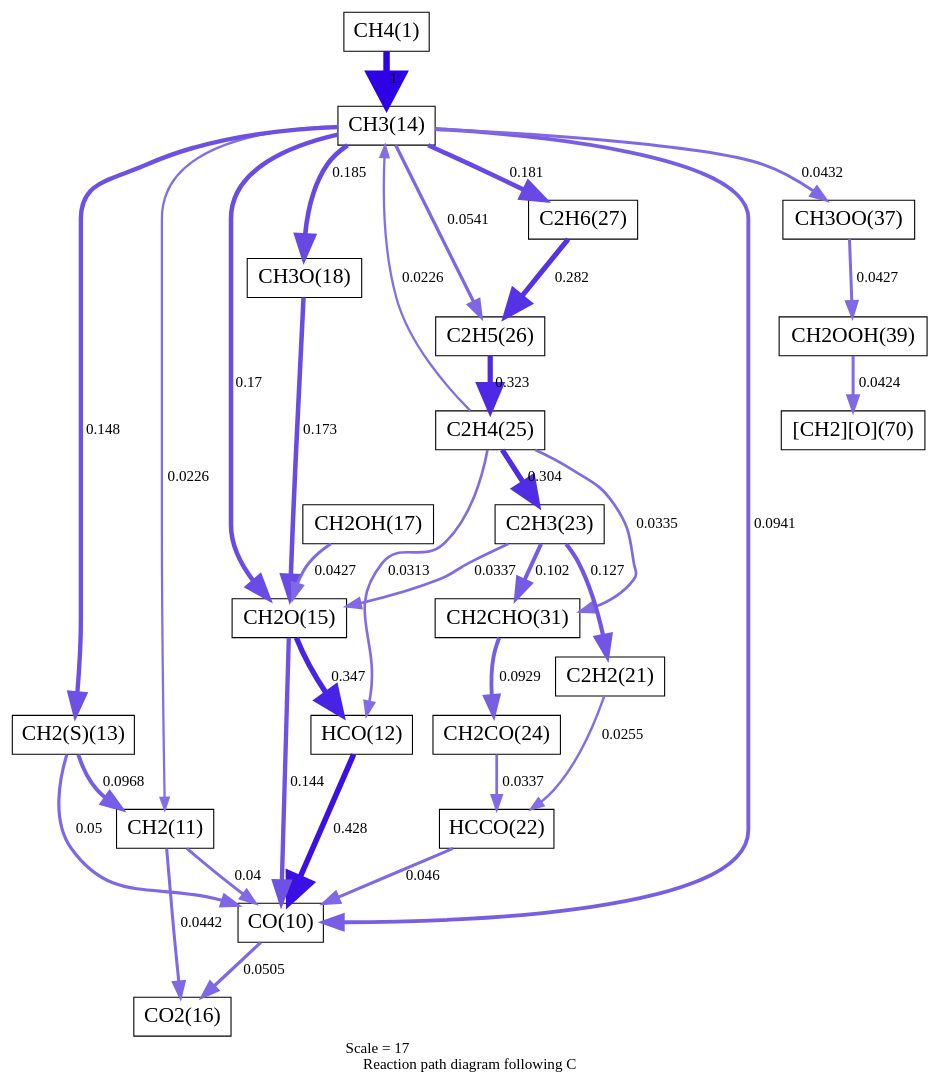
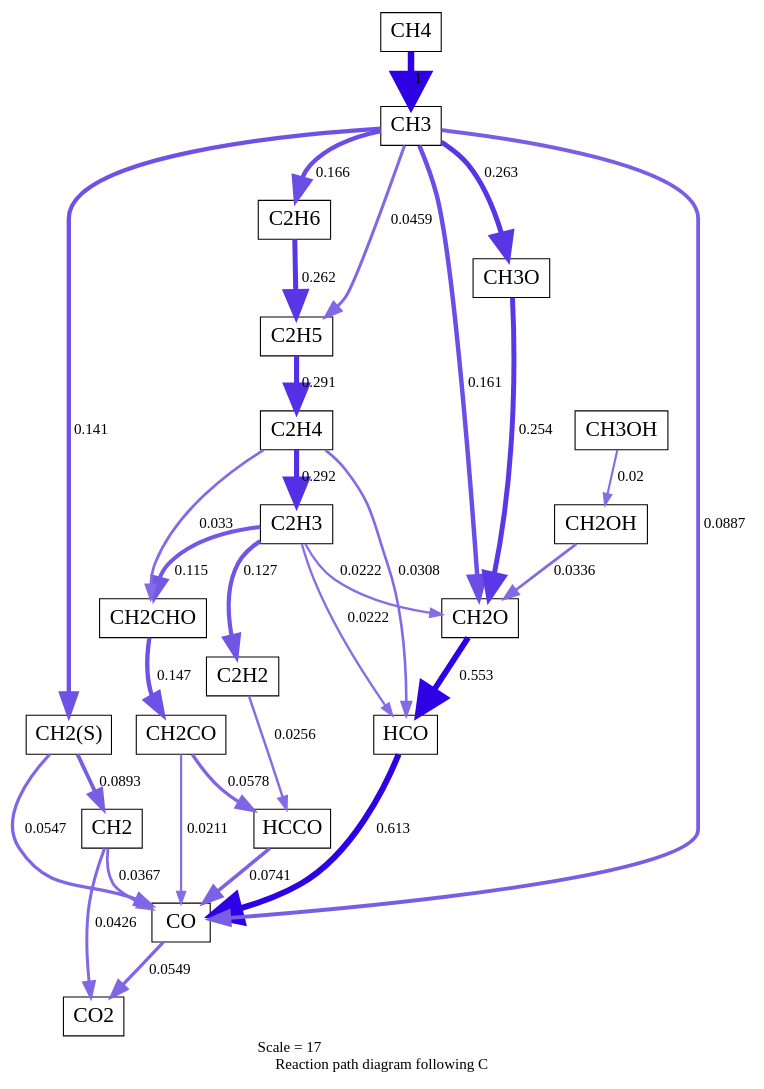
One commit to Herman-Andersson/Combustion_TUM changed the diagram in RMG_methane/Analysis_scripts/ReactionPathDiagram.dot. Above: the diagram before and after it, drawn with Graphviz. The commit also changed 12 other files, not shown here.

```diff
--- a/RMG_methane/Analysis_scripts/ReactionPathDiagram.dot
+++ b/RMG_methane/Analysis_scripts/ReactionPathDiagram.dot
@@ -1,94 +1,86 @@
 digraph reaction_paths {
 node[fontsize=20,shape="box"]
-s13 -> s12[fontname="CMU Serif Roman", penwidth=2.71, arrowsize=1.35, color="0.7, 0.54, 0.9"
-, label=" 0.04"];
-s14 -> s12[fontname="CMU Serif Roman", penwidth=5.13, arrowsize=2.57, color="0.7, 0.928, 0.9"
-, label=" 0.428"];
-s15 -> s12[fontname="CMU Serif Roman", penwidth=2.94, arrowsize=1.47, color="0.7, 0.55, 0.9"
-, label=" 0.05"];
-s16 -> s12[fontname="CMU Serif Roman", penwidth=3.58, arrowsize=1.79, color="0.7, 0.594, 0.9"
-, label=" 0.0941"];
-s17 -> s12[fontname="CMU Serif Roman", penwidth=4.02, arrowsize=2.01, color="0.7, 0.644, 0.9"
-, label=" 0.144"];
-s12 -> s18[fontname="CMU Serif Roman", penwidth=2.95, arrowsize=1.47, color="0.7, 0.551, 0.9"
-, label=" 0.0505"];
-s24 -> s12[fontname="CMU Serif Roman", penwidth=2.85, arrowsize=1.43, color="0.7, 0.546, 0.9"
-, label=" 0.046"];
-s15 -> s13[fontname="CMU Serif Roman", penwidth=3.61, arrowsize=1.81, color="0.7, 0.597, 0.9"
-, label=" 0.0968"];
-s16 -> s13[fontname="CMU Serif Roman", penwidth=2.12, arrowsize=1.06, color="0.7, 0.523, 0.9"
-, label=" 0.0226"];
-s13 -> s18[fontname="CMU Serif Roman", penwidth=2.81, arrowsize=1.41, color="0.7, 0.544, 0.9"
-, label=" 0.0442"];
-s17 -> s14[fontname="CMU Serif Roman", penwidth=4.92, arrowsize=2.46, color="0.7, 0.847, 0.9"
-, label=" 0.347"];
-s27 -> s14[fontname="CMU Serif Roman", penwidth=2.46, arrowsize=1.23, color="0.7, 0.531, 0.9"
-, label=" 0.0313"];
-s16 -> s15[fontname="CMU Serif Roman", penwidth=4.04, arrowsize=2.02, color="0.7, 0.648, 0.9"
-, label=" 0.148"];
-s16 -> s17[fontname="CMU Serif Roman", penwidth=4.19, arrowsize=2.09, color="0.7, 0.67, 0.9"
-, label=" 0.17"];
-s3 -> s16[fontname="CMU Serif Roman", penwidth=6, arrowsize=3, color="0.7, 1.5, 0.9"
+s10 -> s14[fontname="CMU Serif Roman", penwidth=2.62, arrowsize=1.31, color="0.7, 0.537, 0.9"
+, label=" 0.0367"];
+s16 -> s14[fontname="CMU Serif Roman", penwidth=5.5, arrowsize=2.75, color="0.7, 1.11, 0.9"
+, label=" 0.613"];
+s11 -> s14[fontname="CMU Serif Roman", penwidth=3.03, arrowsize=1.51, color="0.7, 0.555, 0.9"
+, label=" 0.0547"];
+s12 -> s14[fontname="CMU Serif Roman", penwidth=3.52, arrowsize=1.76, color="0.7, 0.589, 0.9"
+, label=" 0.0887"];
+s14 -> s15[fontname="CMU Serif Roman", penwidth=3.03, arrowsize=1.52, color="0.7, 0.555, 0.9"
+, label=" 0.0549"];
+s27 -> s14[fontname="CMU Serif Roman", penwidth=3.34, arrowsize=1.67, color="0.7, 0.574, 0.9"
+, label=" 0.0741"];
+s28 -> s14[fontname="CMU Serif Roman", penwidth=2.05, arrowsize=1.03, color="0.7, 0.521, 0.9"
+, label=" 0.0211"];
+s11 -> s10[fontname="CMU Serif Roman", penwidth=3.53, arrowsize=1.76, color="0.7, 0.589, 0.9"
+, label=" 0.0893"];
+s10 -> s15[fontname="CMU Serif Roman", penwidth=2.77, arrowsize=1.39, color="0.7, 0.543, 0.9"
+, label=" 0.0426"];
+s17 -> s16[fontname="CMU Serif Roman", penwidth=5.39, arrowsize=2.7, color="0.7, 1.05, 0.9"
+, label=" 0.553"];
+s23 -> s16[fontname="CMU Serif Roman", penwidth=2.11, arrowsize=1.05, color="0.7, 0.522, 0.9"
+, label=" 0.0222"];
+s24 -> s16[fontname="CMU Serif Roman", penwidth=2.44, arrowsize=1.22, color="0.7, 0.531, 0.9"
+, label=" 0.0308"];
+s12 -> s11[fontname="CMU Serif Roman", penwidth=4, arrowsize=2, color="0.7, 0.641, 0.9"
+, label=" 0.141"];
+s12 -> s17[fontname="CMU Serif Roman", penwidth=4.13, arrowsize=2.06, color="0.7, 0.661, 0.9"
+, label=" 0.161"];
+s13 -> s12[fontname="CMU Serif Roman", penwidth=6, arrowsize=3, color="0.7, 1.5, 0.9"
 , label=" 1"];
-s16 -> s20[fontname="CMU Serif Roman", penwidth=4.28, arrowsize=2.14, color="0.7, 0.685, 0.9"
-, label=" 0.185"];
-s27 -> s16[fontname="CMU Serif Roman", penwidth=2.13, arrowsize=1.06, color="0.7, 0.523, 0.9"
-, label=" 0.0226"];
-s16 -> s28[fontname="CMU Serif Roman", penwidth=3.02, arrowsize=1.51, color="0.7, 0.554, 0.9"
-, label=" 0.0541"];
-s16 -> s29[fontname="CMU Serif Roman", penwidth=4.25, arrowsize=2.13, color="0.7, 0.681, 0.9"
-, label=" 0.181"];
-s16 -> s36[fontname="CMU Serif Roman", penwidth=2.79, arrowsize=1.39, color="0.7, 0.543, 0.9"
-, label=" 0.0432"];
-s19 -> s17[fontname="CMU Serif Roman", penwidth=2.78, arrowsize=1.39, color="0.7, 0.543, 0.9"
-, label=" 0.0427"];
-s20 -> s17[fontname="CMU Serif Roman", penwidth=4.2, arrowsize=2.1, color="0.7, 0.673, 0.9"
-, label=" 0.173"];
-s25 -> s17[fontname="CMU Serif Roman", penwidth=2.53, arrowsize=1.27, color="0.7, 0.534, 0.9"
-, label=" 0.0337"];
-s23 -> s24[fontname="CMU Serif Roman", penwidth=2.25, arrowsize=1.12, color="0.7, 0.525, 0.9"
-, label=" 0.0255"];
-s25 -> s23[fontname="CMU Serif Roman", penwidth=3.89, arrowsize=1.95, color="0.7, 0.627, 0.9"
+s12 -> s19[fontname="CMU Serif Roman", penwidth=4.64, arrowsize=2.32, color="0.7, 0.763, 0.9"
+, label=" 0.263"];
+s12 -> s25[fontname="CMU Serif Roman", penwidth=2.85, arrowsize=1.42, color="0.7, 0.546, 0.9"
+, label=" 0.0459"];
+s12 -> s26[fontname="CMU Serif Roman", penwidth=4.17, arrowsize=2.08, color="0.7, 0.666, 0.9"
+, label=" 0.166"];
+s18 -> s17[fontname="CMU Serif Roman", penwidth=2.53, arrowsize=1.27, color="0.7, 0.534, 0.9"
+, label=" 0.0336"];
+s19 -> s17[fontname="CMU Serif Roman", penwidth=4.6, arrowsize=2.3, color="0.7, 0.754, 0.9"
+, label=" 0.254"];
+s23 -> s17[fontname="CMU Serif Roman", penwidth=2.11, arrowsize=1.05, color="0.7, 0.522, 0.9"
+, label=" 0.0222"];
+s20 -> s18[fontname="CMU Serif Roman", penwidth=2, arrowsize=1, color="0.7, 0.52, 0.9"
+, label=" 0.02"];
+s22 -> s27[fontname="CMU Serif Roman", penwidth=2.25, arrowsize=1.13, color="0.7, 0.526, 0.9"
+, label=" 0.0256"];
+s23 -> s22[fontname="CMU Serif Roman", penwidth=3.89, arrowsize=1.95, color="0.7, 0.627, 0.9"
 , label=" 0.127"];
-s26 -> s24[fontname="CMU Serif Roman", penwidth=2.53, arrowsize=1.27, color="0.7, 0.534, 0.9"
-, label=" 0.0337"];
-s27 -> s25[fontname="CMU Serif Roman", penwidth=4.78, arrowsize=2.39, color="0.7, 0.804, 0.9"
-, label=" 0.304"];
-s25 -> s33[fontname="CMU Serif Roman", penwidth=3.67, arrowsize=1.83, color="0.7, 0.602, 0.9"
-, label=" 0.102"];
-s33 -> s26[fontname="CMU Serif Roman", penwidth=3.57, arrowsize=1.79, color="0.7, 0.593, 0.9"
-, label=" 0.0929"];
-s28 -> s27[fontname="CMU Serif Roman", penwidth=4.84, arrowsize=2.42, color="0.7, 0.823, 0.9"
-, label=" 0.323"];
-s27 -> s33[fontname="CMU Serif Roman", penwidth=2.53, arrowsize=1.26, color="0.7, 0.534, 0.9"
-, label=" 0.0335"];
-s29 -> s28[fontname="CMU Serif Roman", penwidth=4.7, arrowsize=2.35, color="0.7, 0.782, 0.9"
-, label=" 0.282"];
-s36 -> s38[fontname="CMU Serif Roman", penwidth=2.78, arrowsize=1.39, color="0.7, 0.543, 0.9"
-, label=" 0.0427"];
-s38 -> s43[fontname="CMU Serif Roman", penwidth=2.77, arrowsize=1.38, color="0.7, 0.542, 0.9"
-, label=" 0.0424"];
-s3 [ fontname="CMU Serif Roman", label="CH4(1)"];
-s12 [ fontname="CMU Serif Roman", label="CO(10)"];
-s13 [ fontname="CMU Serif Roman", label="CH2(11)"];
-s14 [ fontname="CMU Serif Roman", label="HCO(12)"];
-s15 [ fontname="CMU Serif Roman", label="CH2(S)(13)"];
-s16 [ fontname="CMU Serif Roman", label="CH3(14)"];
-s17 [ fontname="CMU Serif Roman", label="CH2O(15)"];
-s18 [ fontname="CMU Serif Roman", label="CO2(16)"];
-s19 [ fontname="CMU Serif Roman", label="CH2OH(17)"];
-s20 [ fontname="CMU Serif Roman", label="CH3O(18)"];
-s23 [ fontname="CMU Serif Roman", label="C2H2(21)"];
-s24 [ fontname="CMU Serif Roman", label="HCCO(22)"];
-s25 [ fontname="CMU Serif Roman", label="C2H3(23)"];
-s26 [ fontname="CMU Serif Roman", label="CH2CO(24)"];
-s27 [ fontname="CMU Serif Roman", label="C2H4(25)"];
-s28 [ fontname="CMU Serif Roman", label="C2H5(26)"];
-s29 [ fontname="CMU Serif Roman", label="C2H6(27)"];
-s33 [ fontname="CMU Serif Roman", label="CH2CHO(31)"];
-s36 [ fontname="CMU Serif Roman", label="CH3OO(37)"];
-s38 [ fontname="CMU Serif Roman", label="CH2OOH(39)"];
-s43 [ fontname="CMU Serif Roman", label="[CH2][O](70)"];
+s28 -> s27[fontname="CMU Serif Roman", penwidth=3.09, arrowsize=1.54, color="0.7, 0.558, 0.9"
+, label=" 0.0578"];
+s24 -> s23[fontname="CMU Serif Roman", penwidth=4.74, arrowsize=2.37, color="0.7, 0.792, 0.9"
+, label=" 0.292"];
+s23 -> s51[fontname="CMU Serif Roman", penwidth=3.78, arrowsize=1.89, color="0.7, 0.615, 0.9"
+, label=" 0.115"];
+s51 -> s28[fontname="CMU Serif Roman", penwidth=4.04, arrowsize=2.02, color="0.7, 0.647, 0.9"
+, label=" 0.147"];
+s25 -> s24[fontname="CMU Serif Roman", penwidth=4.74, arrowsize=2.37, color="0.7, 0.791, 0.9"
+, label=" 0.291"];
+s24 -> s51[fontname="CMU Serif Roman", penwidth=2.51, arrowsize=1.26, color="0.7, 0.533, 0.9"
+, label=" 0.033"];
+s26 -> s25[fontname="CMU Serif Roman", penwidth=4.63, arrowsize=2.32, color="0.7, 0.762, 0.9"
+, label=" 0.262"];
+s10 [ fontname="CMU Serif Roman", label="CH2"];
+s11 [ fontname="CMU Serif Roman", label="CH2(S)"];
+s12 [ fontname="CMU Serif Roman", label="CH3"];
+s13 [ fontname="CMU Serif Roman", label="CH4"];
+s14 [ fontname="CMU Serif Roman", label="CO"];
+s15 [ fontname="CMU Serif Roman", label="CO2"];
+s16 [ fontname="CMU Serif Roman", label="HCO"];
+s17 [ fontname="CMU Serif Roman", label="CH2O"];
+s18 [ fontname="CMU Serif Roman", label="CH2OH"];
+s19 [ fontname="CMU Serif Roman", label="CH3O"];
+s20 [ fontname="CMU Serif Roman", label="CH3OH"];
+s22 [ fontname="CMU Serif Roman", label="C2H2"];
+s23 [ fontname="CMU Serif Roman", label="C2H3"];
+s24 [ fontname="CMU Serif Roman", label="C2H4"];
+s25 [ fontname="CMU Serif Roman", label="C2H5"];
+s26 [ fontname="CMU Serif Roman", label="C2H6"];
+s27 [ fontname="CMU Serif Roman", label="HCCO"];
+s28 [ fontname="CMU Serif Roman", label="CH2CO"];
+s51 [ fontname="CMU Serif Roman", label="CH2CHO"];
  label = "Scale = 17\l Reaction path diagram following C";
  fontname = "CMU Serif Roman";
 }
```
